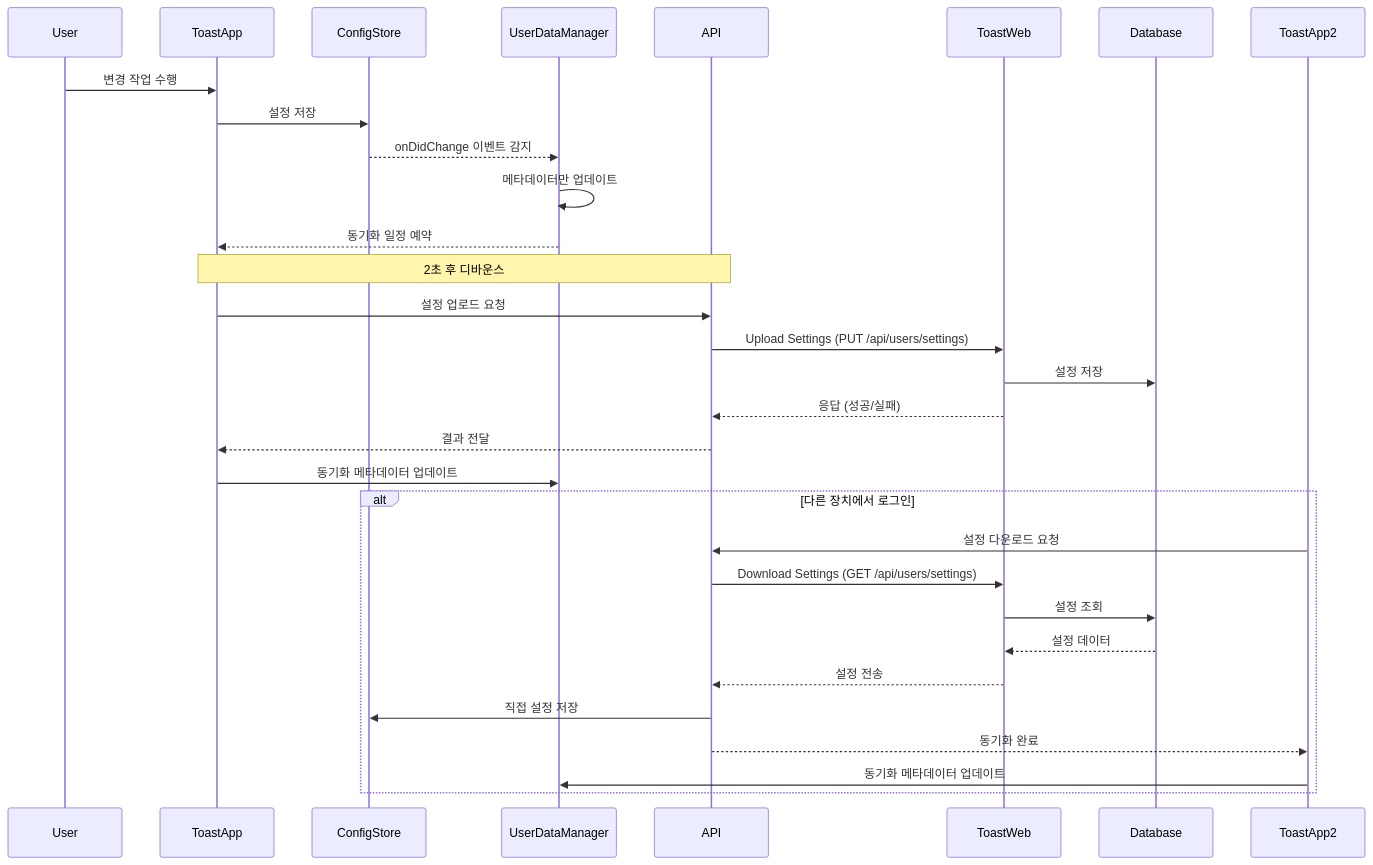
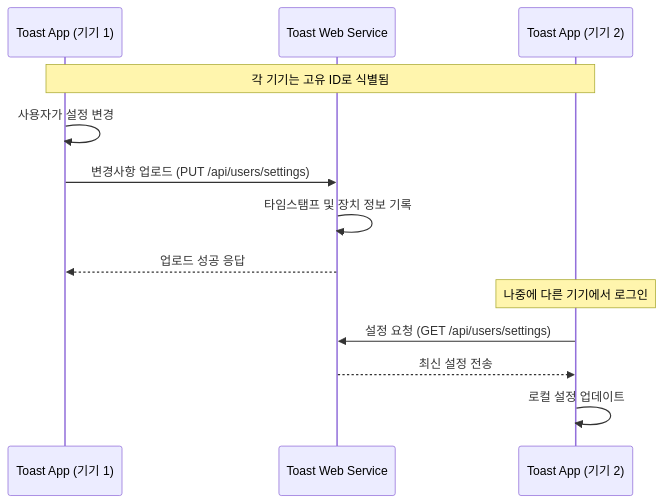
The diagram in docs/CLOUD_SYNC.md (opspresso/toast-app), drawn with Mermaid before and after one commit. The commit also changed other lines of this file, not shown here.

````diff
--- a/docs/CLOUD_SYNC.md
+++ b/docs/CLOUD_SYNC.md
@@ -26,36 +39,19 @@
 ```mermaid
 sequenceDiagram
-    participant User
-    participant ToastApp
-    participant ConfigStore
-    participant UserDataManager
-    participant API
-    participant ToastWeb
-    participant Database
+    participant Device1 as Toast App (기기 1)
+    participant Web as Toast Web Service
+    participant Device2 as Toast App (기기 2)
 
-    User->>ToastApp: 변경 작업 수행
-    ToastApp->>ConfigStore: 설정 저장
-    ConfigStore-->>UserDataManager: onDidChange 이벤트 감지
-    UserDataManager->>UserDataManager: 메타데이터만 업데이트
-    UserDataManager-->>ToastApp: 동기화 일정 예약
+    Note over Device1, Device2: 각 기기는 고유 ID로 식별됨
 
-    Note over ToastApp,API: 2초 후 디바운스
+    Device1->>Device1: 사용자가 설정 변경
+    Device1->>Web: 변경사항 업로드 (PUT /api/users/settings)
+    Web->>Web: 타임스탬프 및 장치 정보 기록
+    Web-->>Device1: 업로드 성공 응답
 
-    ToastApp->>API: 설정 업로드 요청
-    API->>ToastWeb: Upload Settings (PUT /api/users/settings)
-    ToastWeb->>Database: 설정 저장
-    ToastWeb-->>API: 응답 (성공/실패)
-    API-->>ToastApp: 결과 전달
-    ToastApp->>UserDataManager: 동기화 메타데이터 업데이트
+    Note over Device2: 나중에 다른 기기에서 로그인
 
-    alt 다른 장치에서 로그인
-        ToastApp2->>API: 설정 다운로드 요청
-        API->>ToastWeb: Download Settings (GET /api/users/settings)
-        ToastWeb->>Database: 설정 조회
-        Database-->>ToastWeb: 설정 데이터
-        ToastWeb-->>API: 설정 전송
-        API->>ConfigStore: 직접 설정 저장
-        API-->>ToastApp2: 동기화 완료
-        ToastApp2->>UserDataManager: 동기화 메타데이터 업데이트
-    end
+    Device2->>Web: 설정 요청 (GET /api/users/settings)
+    Web-->>Device2: 최신 설정 전송
+    Device2->>Device2: 로컬 설정 업데이트
 ```
````
